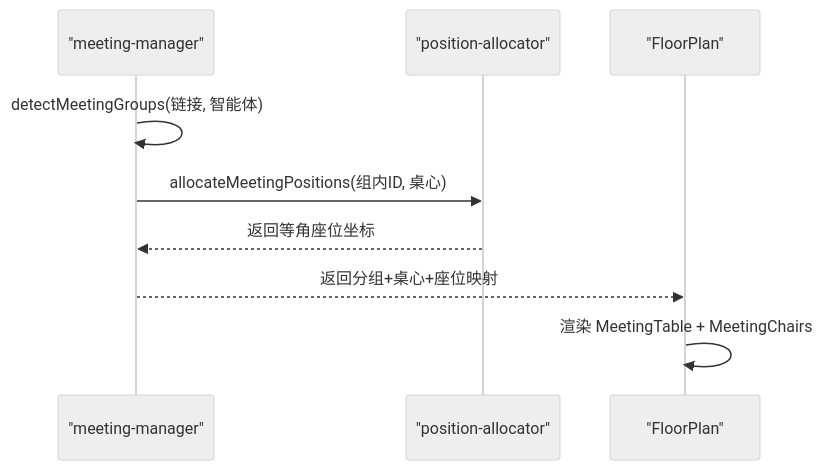
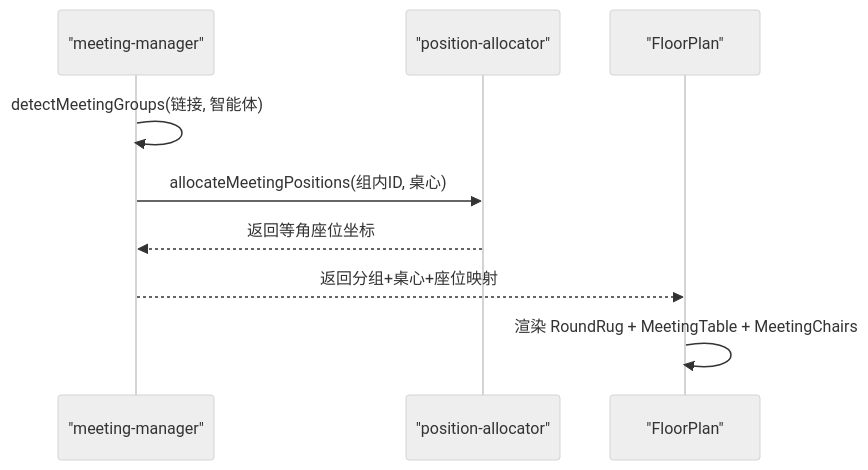
The sixth of 8 diagrams in .qoder/repowiki/zh/content/虚拟办公室系统/家具装饰系统.md (WW-AI-Lab/openclaw-office), drawn with Mermaid (neutral theme) before and after one commit. The commit also changed other lines of this file and 15 other files, not shown here.

````diff
--- a/.qoder/repowiki/zh/content/虚拟办公室系统/家具装饰系统.md
+++ b/.qoder/repowiki/zh/content/虚拟办公室系统/家具装饰系统.md
@@ -225,11 +229,11 @@
 ```mermaid
 sequenceDiagram
 participant MM as "meeting-manager"
 participant PA as "position-allocator"
 participant FP as "FloorPlan"
 MM->>MM : detectMeetingGroups(链接, 智能体)
 MM->>PA : allocateMeetingPositions(组内ID, 桌心)
 PA-->>MM : 返回等角座位坐标
 MM-->>FP : 返回分组+桌心+座位映射
-FP->>FP : 渲染 MeetingTable + MeetingChairs
+FP->>FP : 渲染 RoundRug + MeetingTable + MeetingChairs
 ```
````
